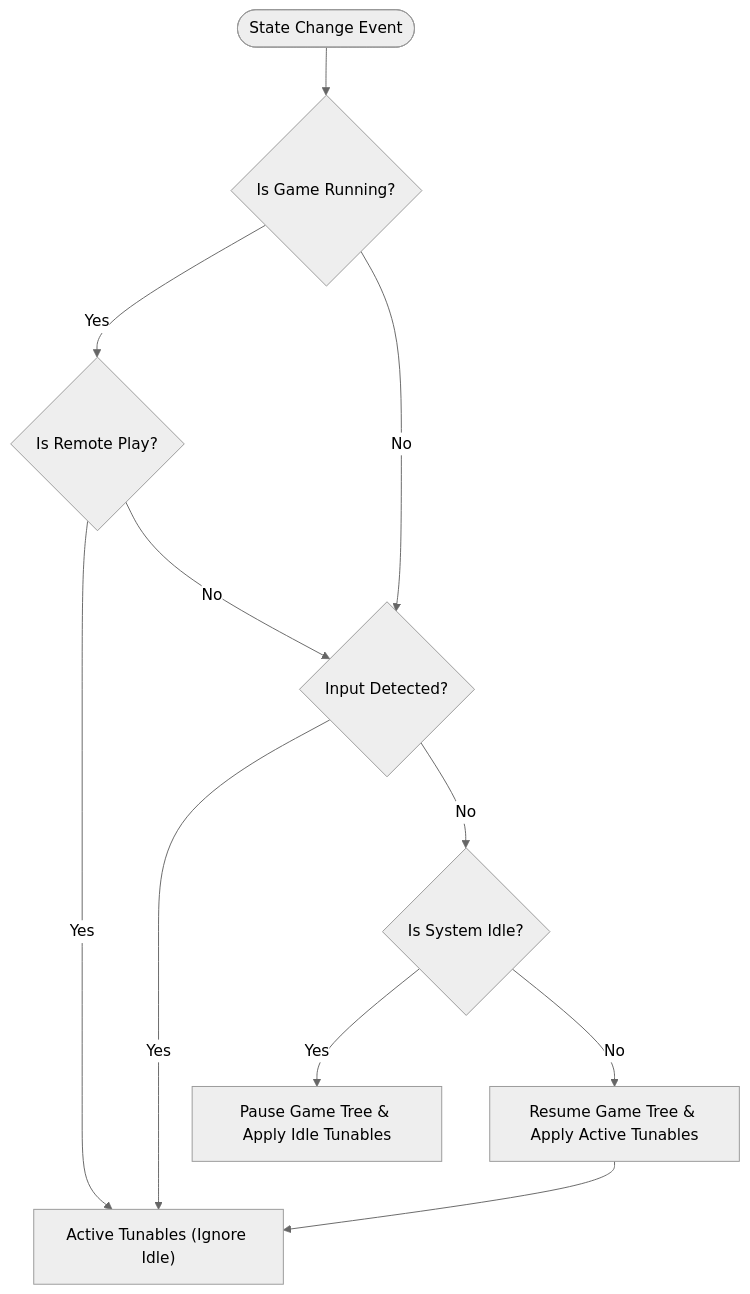
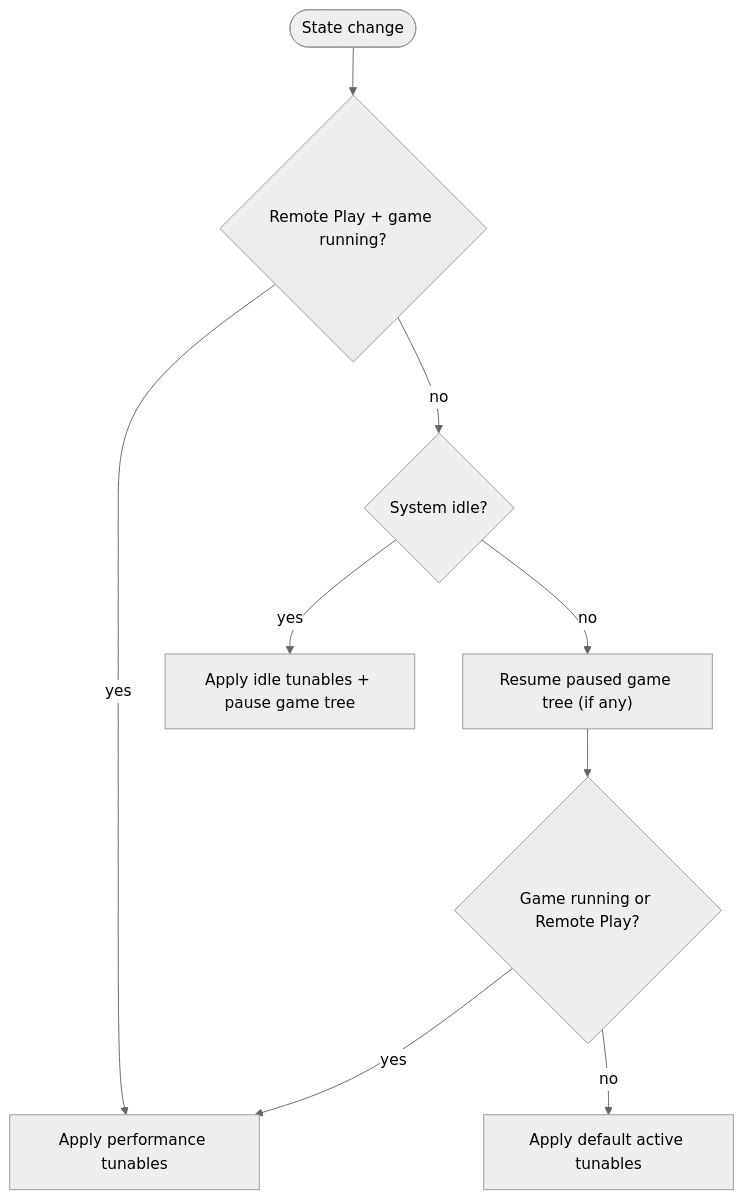
One commit to zaolin/framework-powerd changed the second of 2 diagrams in README.md. Above: the diagram before and after it, drawn with Mermaid (neutral theme). The commit also changed other lines of this file and 10 other files, not shown here.

First line of the commit message:
docs: refresh diagrams, visuals and integration brand assets

````diff
--- a/README.md
+++ b/README.md
@@ -128,18 +132,11 @@
 ```mermaid
 flowchart TD
-    Start([State Change Event]) --> CheckActive{Is Game Running?}
-    
-    CheckActive -- Yes --> CheckRemote{Is Remote Play?}
-    CheckRemote -- Yes --> ForcePerf["Active Tunables (Ignore Idle)"]
-    CheckRemote -- No --> CheckInput{Input Detected?}
-    
-    CheckActive -- No --> CheckInput
-    
-    CheckInput -- Yes --> ForcePerf
-    CheckInput -- No --> CheckIdle{Is System Idle?}
-    
-    CheckIdle -- Yes --> Suspend["Pause Game Tree & Apply Idle Tunables"]
-    CheckIdle -- No --> Resume["Resume Game Tree & Apply Active Tunables"]
-    
-    Resume --> ForcePerf
+    Start(["State change"]) --> RP{"Remote Play + game running?"}
+    RP -- "yes" --> Perf["Apply performance tunables"]
+    RP -- "no" --> Idle{"System idle?"}
+    Idle -- "yes" --> Save["Apply idle tunables + pause game tree"]
+    Idle -- "no" --> Resume["Resume paused game tree (if any)"]
+    Resume --> Game{"Game running or Remote Play?"}
+    Game -- "yes" --> Perf
+    Game -- "no" --> Default["Apply default active tunables"]
 ```
````
